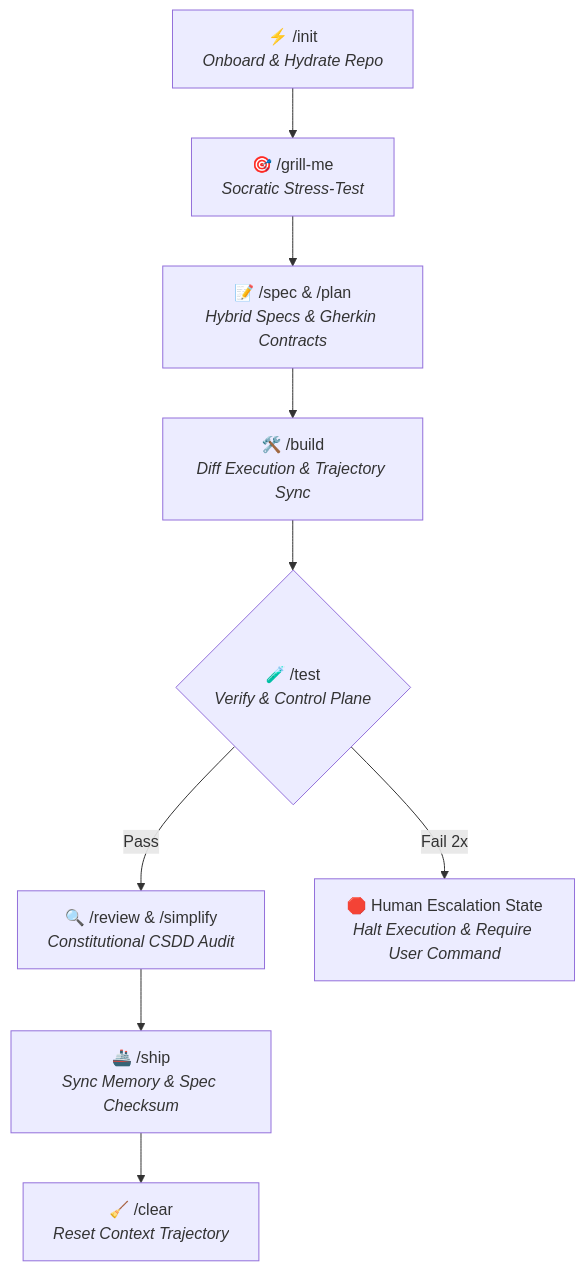
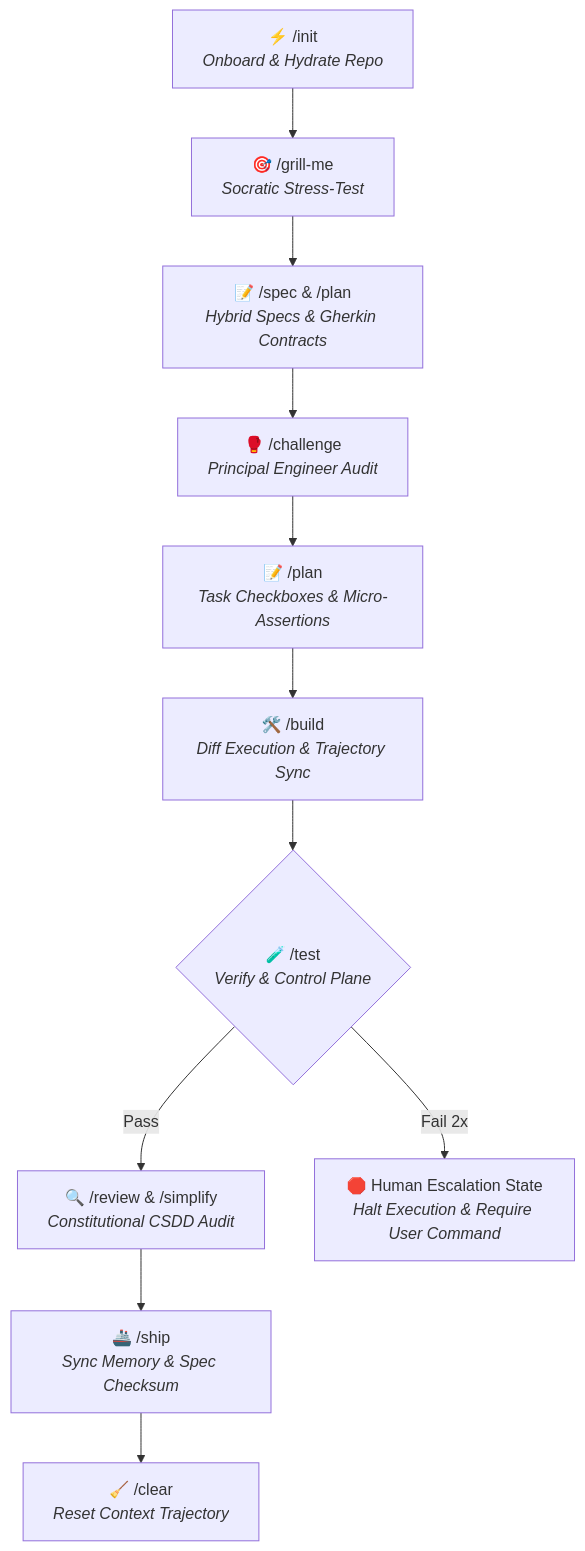
The diagram in README.md (EurusDevSec/agent-optimize), drawn with Mermaid before and after one commit. The commit also changed other lines of this file and 4 other files, not shown here.

````diff
--- a/README.md
+++ b/README.md
@@ -25,13 +25,13 @@
 ```mermaid
 flowchart TD
     Init["⚡ /init<br/><i>Onboard & Hydrate Repo</i>"] --> Grill["🎯 /grill-me<br/><i>Socratic Stress-Test</i>"]
     Grill --> Spec["📝 /spec & /plan<br/><i>Hybrid Specs & Gherkin Contracts</i>"]
-    Spec --> Build["🛠️ /build<br/><i>Diff Execution & Trajectory Sync</i>"]
+    Spec --> Challenge["🥊 /challenge<br/><i>Principal Engineer Audit</i>"] --> Plan["📝 /plan<br/><i>Task Checkboxes & Micro-Assertions</i>"] --> Build["🛠️ /build<br/><i>Diff Execution & Trajectory Sync</i>"]
     Build --> Test{"🧪 /test<br/><i>Verify & Control Plane</i>"}
     
     Test -- Pass --> Review["🔍 /review & /simplify<br/><i>Constitutional CSDD Audit</i>"]
     Test -- Fail 2x --> Escalation["🛑 Human Escalation State<br/><i>Halt Execution & Require User Command</i>"]
     
     Review --> Ship["🚢 /ship<br/><i>Sync Memory & Spec Checksum</i>"]
     Ship --> Clear["🧹 /clear<br/><i>Reset Context Trajectory</i>"]
 ```
````
